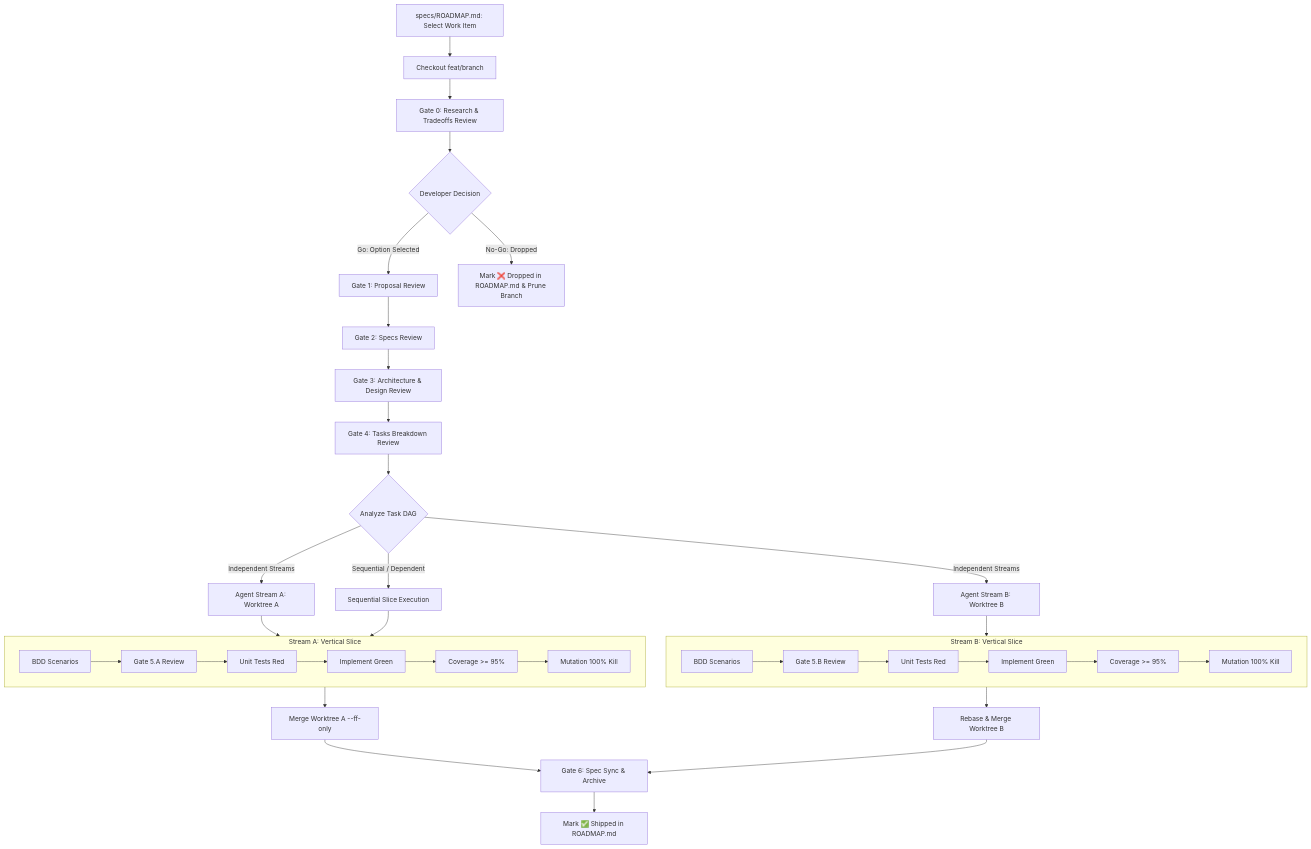
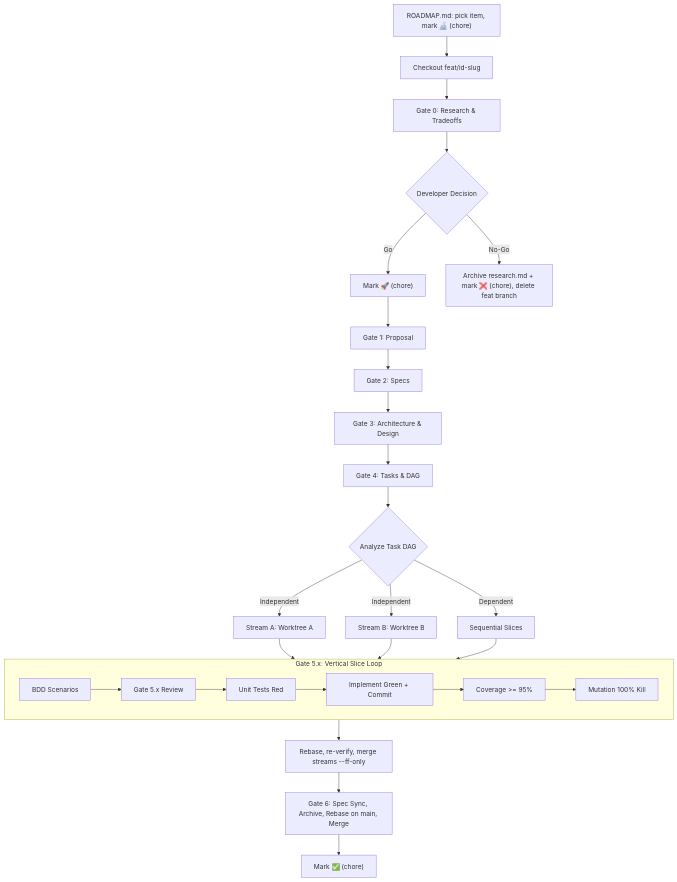
The first of 2 diagrams in specs/WORKFLOW.md (mgabs/SDTRD), drawn with Mermaid before and after one commit. The commit also changed other lines of this file and 12 other files, not shown here.

````diff
--- a/specs/WORKFLOW.md
+++ b/specs/WORKFLOW.md
@@ -120,44 +99,35 @@
 ```mermaid
 flowchart TD
-    RD[specs/ROADMAP.md: Select Work Item] --> B0[Checkout feat/branch]
-    B0 --> G0[Gate 0: Research & Tradeoffs Review]
+    RD["ROADMAP.md: pick item, mark 🔬 (chore)"] --> B0[Checkout feat/id-slug]
+    B0 --> G0[Gate 0: Research & Tradeoffs]
     G0 --> Dec0{Developer Decision}
 
-    Dec0 -- Go: Option Selected --> G1[Gate 1: Proposal Review]
-    Dec0 -- No-Go: Dropped --> Drop[Mark ❌ Dropped in ROADMAP.md & Prune Branch]
+    Dec0 -- Go --> Go["Mark 🚀 (chore)"]
+    Go --> G1[Gate 1: Proposal]
+    Dec0 -- No-Go --> Drop["Archive research.md + mark ❌ (chore), delete feat branch"]
 
-    G1 --> G2[Gate 2: Specs Review]
-    G2 --> G3[Gate 3: Architecture & Design Review]
-    G3 --> G4[Gate 4: Tasks Breakdown Review]
+    G1 --> G2[Gate 2: Specs]
+    G2 --> G3[Gate 3: Architecture & Design]
+    G3 --> G4[Gate 4: Tasks & DAG]
     G4 --> DAG{Analyze Task DAG}
 
-    DAG -- Independent Streams --> S_A[Agent Stream A: Worktree A]
-    DAG -- Independent Streams --> S_B[Agent Stream B: Worktree B]
-    DAG -- Sequential / Dependent --> S_Seq[Sequential Slice Execution]
+    DAG -- Independent --> S_A[Stream A: Worktree A]
+    DAG -- Independent --> S_B[Stream B: Worktree B]
+    DAG -- Dependent --> S_Seq[Sequential Slices]
 
-    subgraph StreamA_Loop [Stream A: Vertical Slice]
-        A1[BDD Scenarios] --> GA[Gate 5.A Review]
+    subgraph Slice_Loop [Gate 5.x: Vertical Slice Loop]
+        A1[BDD Scenarios] --> GA[Gate 5.x Review]
         GA --> A2[Unit Tests Red]
-        A2 --> A3[Implement Green]
+        A2 --> A3[Implement Green + Commit]
         A3 --> A4[Coverage >= 95%]
         A4 --> A5[Mutation 100% Kill]
     end
 
-    subgraph StreamB_Loop [Stream B: Vertical Slice]
-        B1[BDD Scenarios] --> GB[Gate 5.B Review]
-        GB --> B2[Unit Tests Red]
-        B2 --> B3[Implement Green]
-        B3 --> B4[Coverage >= 95%]
-        B4 --> B5[Mutation 100% Kill]
-    end
+    S_A --> Slice_Loop
+    S_B --> Slice_Loop
+    S_Seq --> Slice_Loop
 
-    S_A --> StreamA_Loop
-    S_B --> StreamB_Loop
-    S_Seq --> StreamA_Loop
-
-    StreamA_Loop --> MA[Merge Worktree A --ff-only]
-    StreamB_Loop --> MB[Rebase & Merge Worktree B]
-
-    MA & MB --> G6[Gate 6: Spec Sync & Archive]
-    G6 --> UpdRD[Mark ✅ Shipped in ROADMAP.md]
+    Slice_Loop --> MS["Rebase, re-verify, merge streams --ff-only"]
+    MS --> G6[Gate 6: Spec Sync, Archive, Rebase on main, Merge]
+    G6 --> Ship["Mark ✅ (chore)"]
 ```
````
